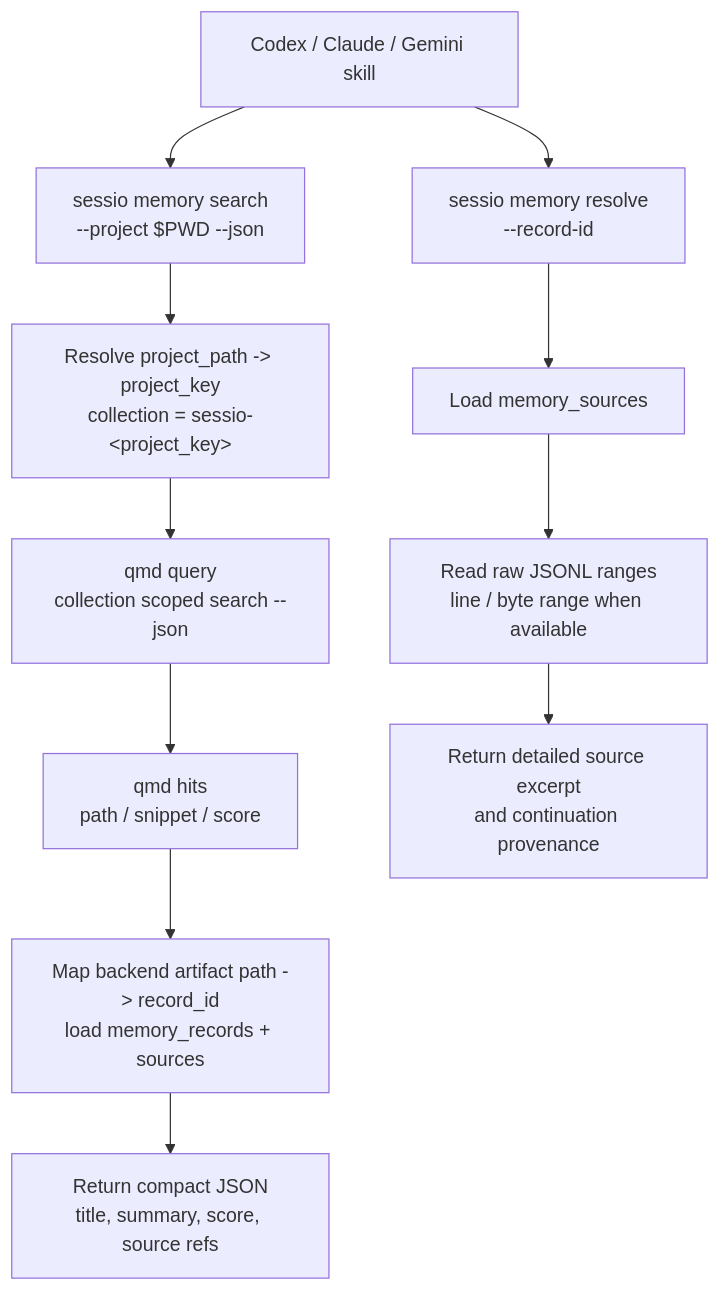
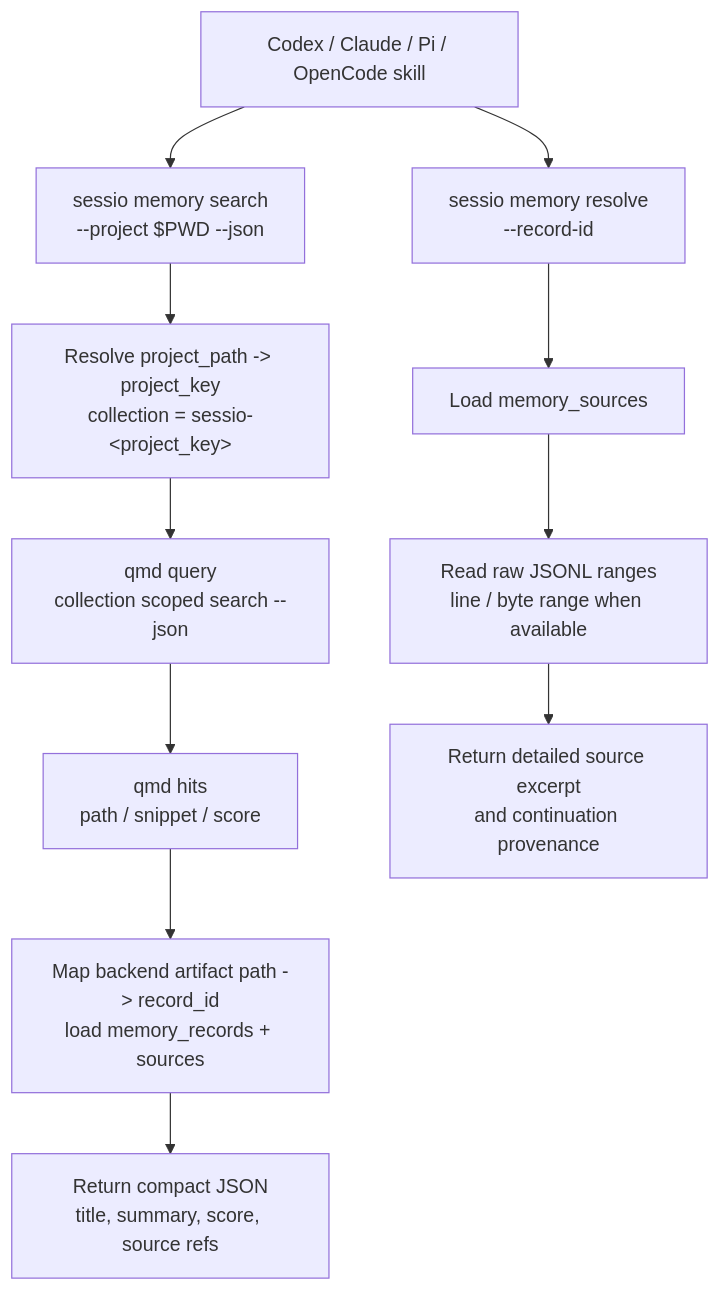
Before and after one commit to LarchLiu/sessio: the third of 3 diagrams in docs/sessio-cli-qmd-memory-plan.md, drawn with Mermaid. The commit also changed other lines of this file and 34 other files, not shown here.

First line of the commit message:
refactor: remove Gemini agent

````diff
--- a/docs/sessio-cli-qmd-memory-plan.md
+++ b/docs/sessio-cli-qmd-memory-plan.md
@@ -378,14 +379,14 @@
 ```mermaid
 flowchart TD
-    Agent["Codex / Claude / Gemini skill"] --> CliSearch["sessio memory search<br/>--project $PWD --json"]
+    Agent["Codex / Claude / Pi / OpenCode skill"] --> CliSearch["sessio memory search<br/>--project $PWD --json"]
     CliSearch --> ProjectMap["Resolve project_path -> project_key<br/>collection = sessio-&lt;project_key&gt;"]
     ProjectMap --> QmdQuery["qmd query<br/>collection scoped search --json"]
     QmdQuery --> Hits["qmd hits<br/>path / snippet / score"]
     Hits --> RecordMap["Map backend artifact path -> record_id<br/>load memory_records + sources"]
     RecordMap --> SearchJson["Return compact JSON<br/>title, summary, score, source refs"]
 
     Agent --> CliResolve["sessio memory resolve<br/>--record-id"]
     CliResolve --> SourceRefs["Load memory_sources"]
     SourceRefs --> RawRead["Read raw JSONL ranges<br/>line / byte range when available"]
     RawRead --> ResolveJson["Return detailed source excerpt<br/>and continuation provenance"]
 ```
````
